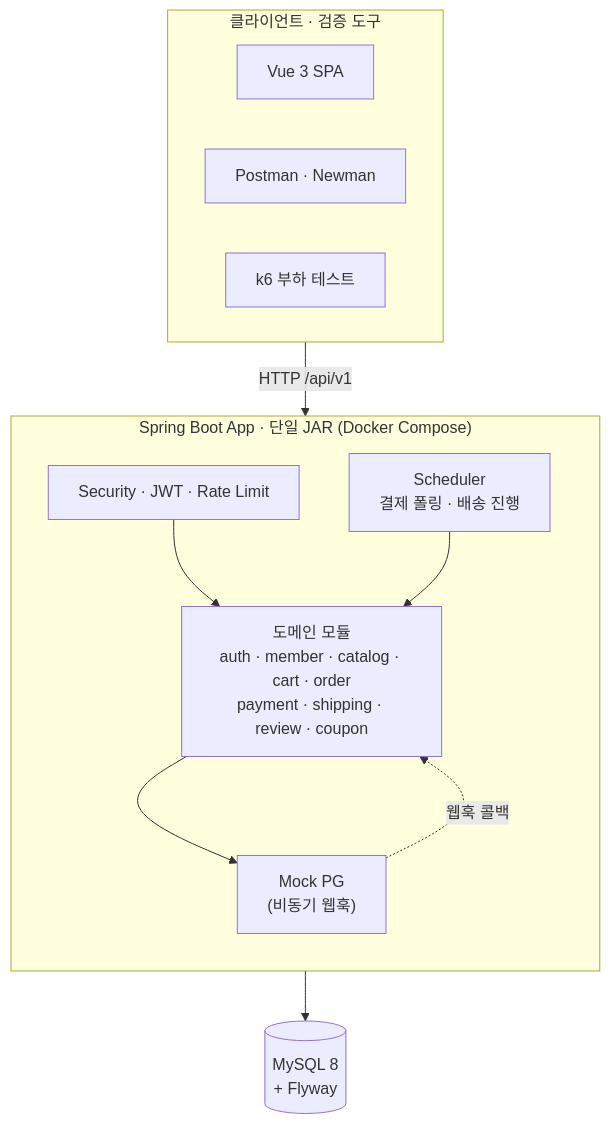
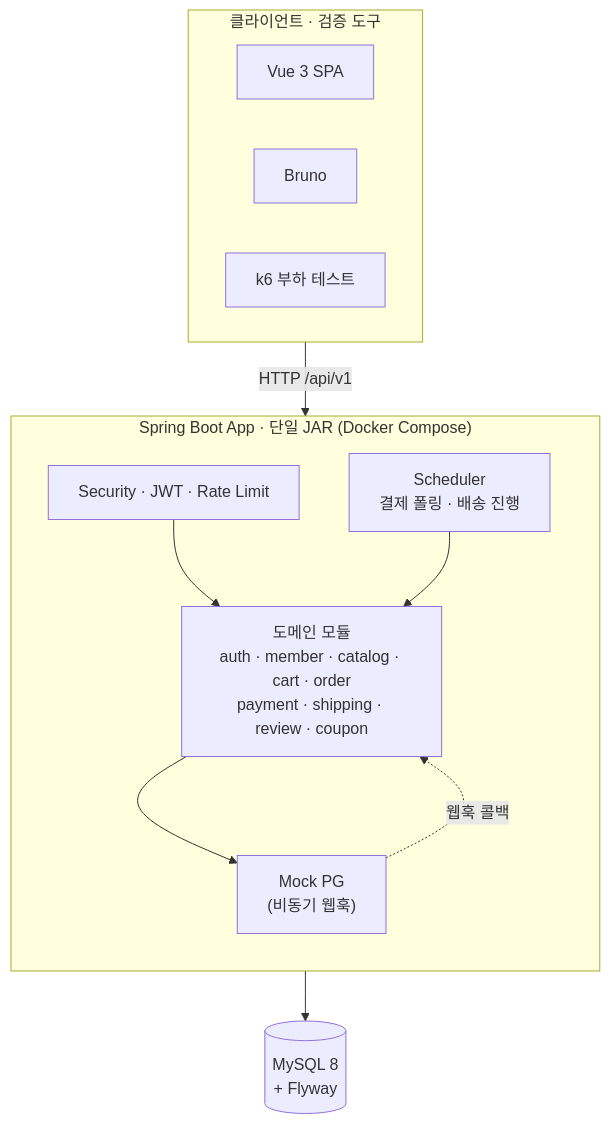
The first of 3 diagrams in README.md (heygw44/groove), drawn with Mermaid before and after one commit. The commit also changed other lines of this file and 8 other files, not shown here.

First line of the commit message:
chore: Postman/newman 완전 제거 — Bruno 단일화

````diff
--- a/README.md
+++ b/README.md
@@ -109,25 +112,25 @@
 ```mermaid
 flowchart TB
     subgraph clients["클라이언트 · 검증 도구"]
         Vue["Vue 3 SPA"]
-        Postman["Postman · Newman"]
+        Bruno["Bruno"]
         k6["k6 부하 테스트"]
     end
 
     subgraph app["Spring Boot App · 단일 JAR (Docker Compose)"]
         direction TB
         Sec["Security · JWT · Rate Limit"]
         Domains["도메인 모듈<br/>auth · member · catalog · cart · order<br/>payment · shipping · review · coupon"]
         MockPG["Mock PG<br/>(비동기 웹훅)"]
         Sched["Scheduler<br/>결제 폴링 · 배송 진행"]
     end
 
     DB[("MySQL 8<br/>+ Flyway")]
 
     clients -->|"HTTP /api/v1"| Sec
     Sec --> Domains
     Domains --> MockPG
     MockPG -.->|"웹훅 콜백"| Domains
     Sched --> Domains
     Domains --> DB
 ```
````
